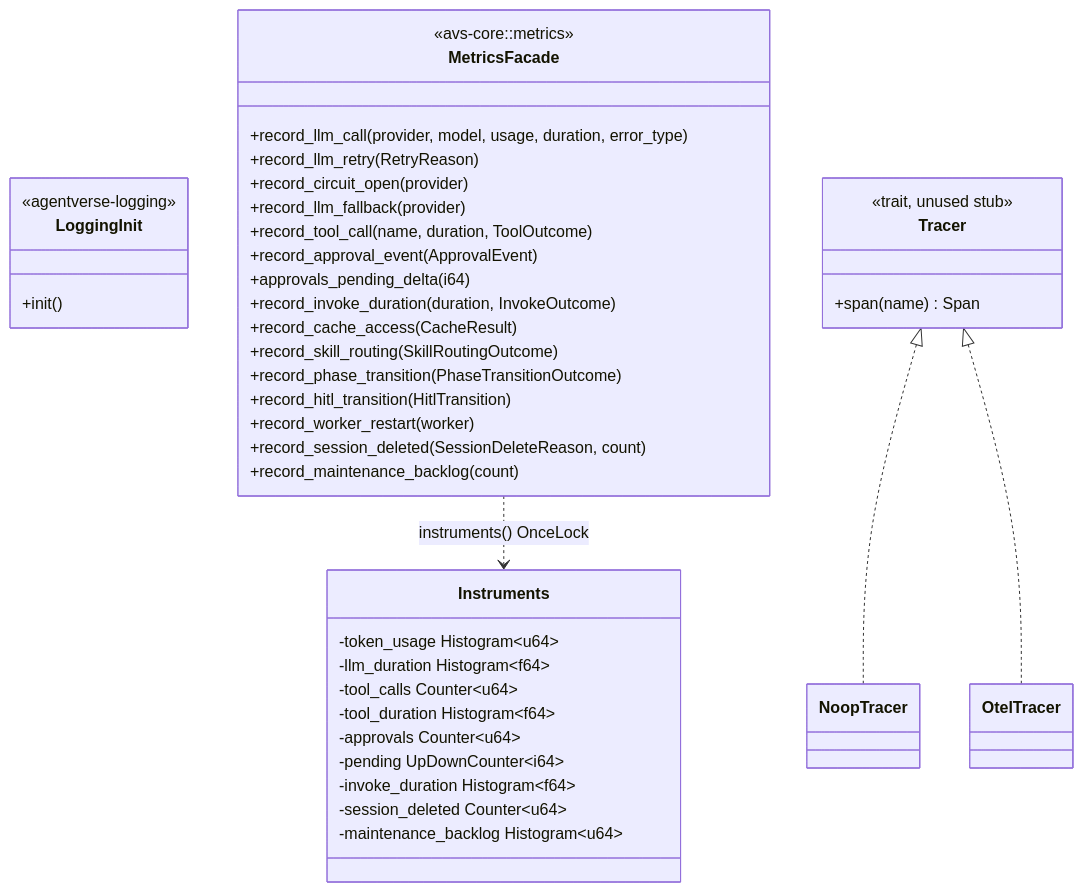
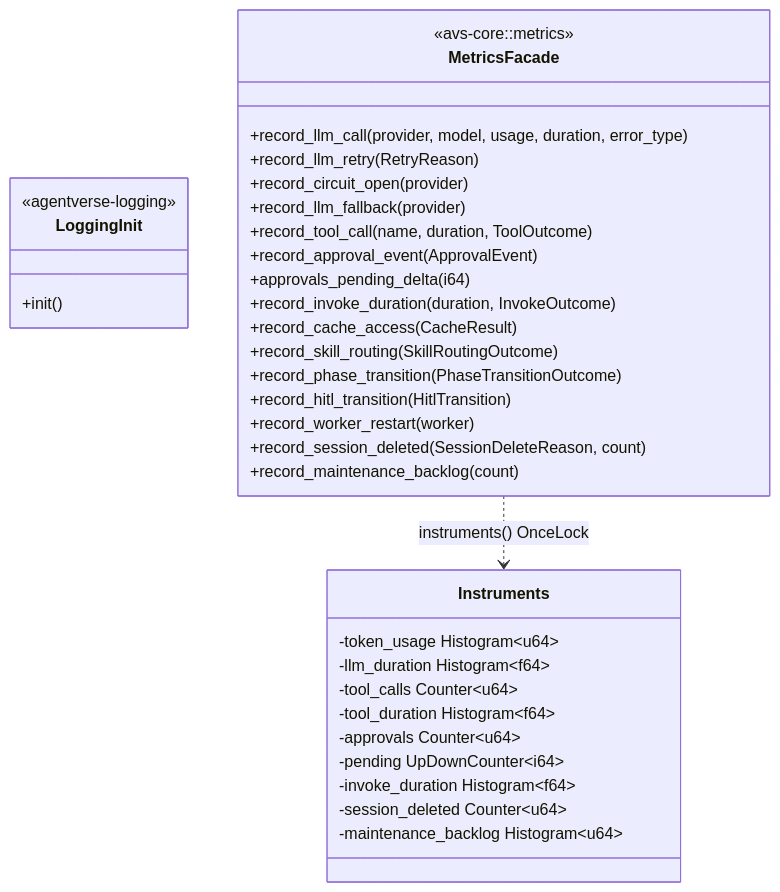
One commit to sirius-zuo/agentverse changed the diagram in wiki/observability.md. Above: the diagram before and after it, drawn with Mermaid. The commit also changed other lines of this file and 8 other files, not shown here.

````diff
--- a/wiki/observability.md
+++ b/wiki/observability.md
@@ -50,45 +43,37 @@
 ```mermaid
 classDiagram
     class LoggingInit {
         <<agentverse-logging>>
         +init()
     }
     class MetricsFacade {
         <<avs-core::metrics>>
         +record_llm_call(provider, model, usage, duration, error_type)
         +record_llm_retry(RetryReason)
         +record_circuit_open(provider)
         +record_llm_fallback(provider)
         +record_tool_call(name, duration, ToolOutcome)
         +record_approval_event(ApprovalEvent)
         +approvals_pending_delta(i64)
         +record_invoke_duration(duration, InvokeOutcome)
         +record_cache_access(CacheResult)
         +record_skill_routing(SkillRoutingOutcome)
         +record_phase_transition(PhaseTransitionOutcome)
         +record_hitl_transition(HitlTransition)
         +record_worker_restart(worker)
         +record_session_deleted(SessionDeleteReason, count)
         +record_maintenance_backlog(count)
     }
     class Instruments {
         -token_usage Histogram~u64~
         -llm_duration Histogram~f64~
         -tool_calls Counter~u64~
         -tool_duration Histogram~f64~
         -approvals Counter~u64~
         -pending UpDownCounter~i64~
         -invoke_duration Histogram~f64~
         -session_deleted Counter~u64~
         -maintenance_backlog Histogram~u64~
     }
-    class Tracer {
-        <<trait, unused stub>>
-        +span(name) Span
-    }
-    class NoopTracer
-    class OtelTracer
     MetricsFacade ..> Instruments : instruments() OnceLock
-    Tracer <|.. NoopTracer
-    Tracer <|.. OtelTracer
 ```
````
